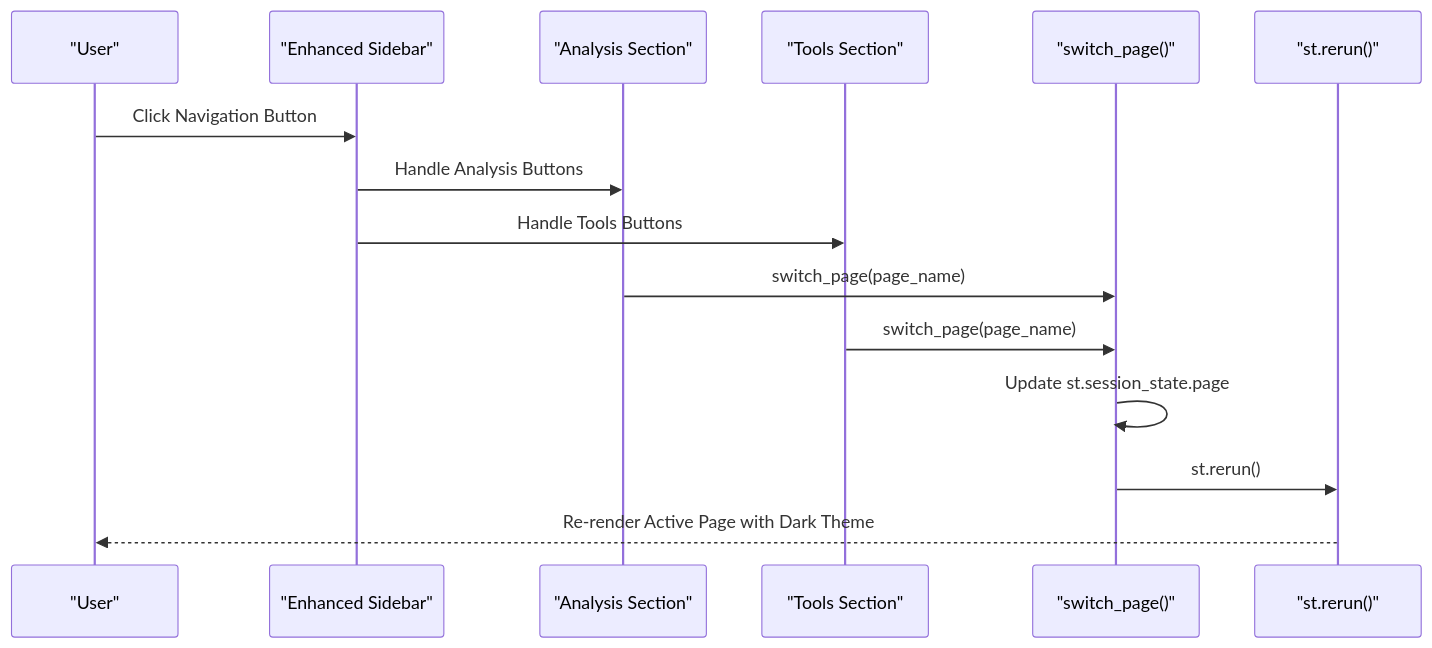
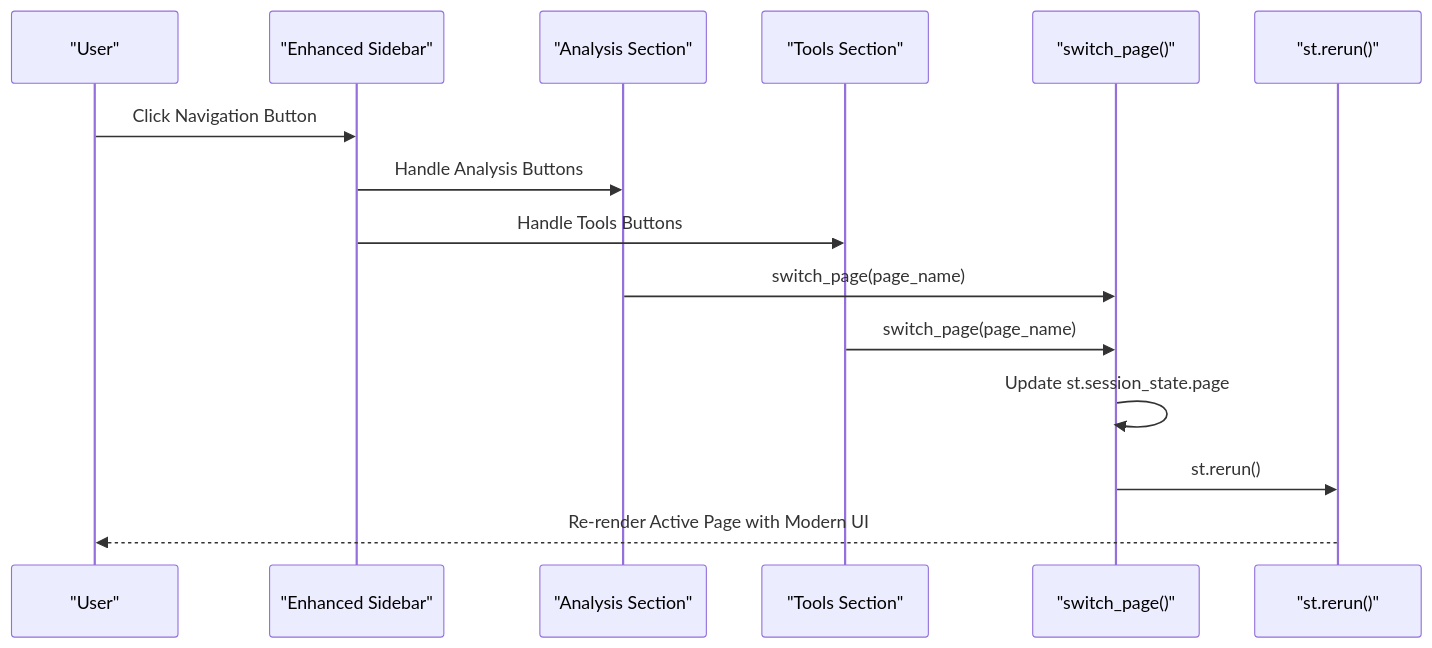
Before and after one commit to Johnny22056/SwimingStatus: the fourth of 14 diagrams in .qoder/repowiki/en/content/Core Components/Application Controller.md, drawn with Mermaid. The commit also changed other lines of this file and 5 other files, not shown here.

First line of the commit message:
feat: add Dark/Light theme toggle with centralized palette

````diff
--- a/.qoder/repowiki/en/content/Core Components/Application Controller.md
+++ b/.qoder/repowiki/en/content/Core Components/Application Controller.md
@@ -209,17 +213,17 @@
 ```mermaid
 sequenceDiagram
 participant User as "User"
 participant Sidebar as "Enhanced Sidebar"
 participant AnalysisSection as "Analysis Section"
 participant ToolsSection as "Tools Section"
 participant Controller as "switch_page()"
 participant Streamlit as "st.rerun()"
 User->>Sidebar : Click Navigation Button
 Sidebar->>AnalysisSection : Handle Analysis Buttons
 Sidebar->>ToolsSection : Handle Tools Buttons
 AnalysisSection->>Controller : switch_page(page_name)
 ToolsSection->>Controller : switch_page(page_name)
 Controller->>Controller : Update st.session_state.page
 Controller->>Streamlit : st.rerun()
-Streamlit-->>User : Re-render Active Page with Dark Theme
+Streamlit-->>User : Re-render Active Page with Modern UI
 ```
````
